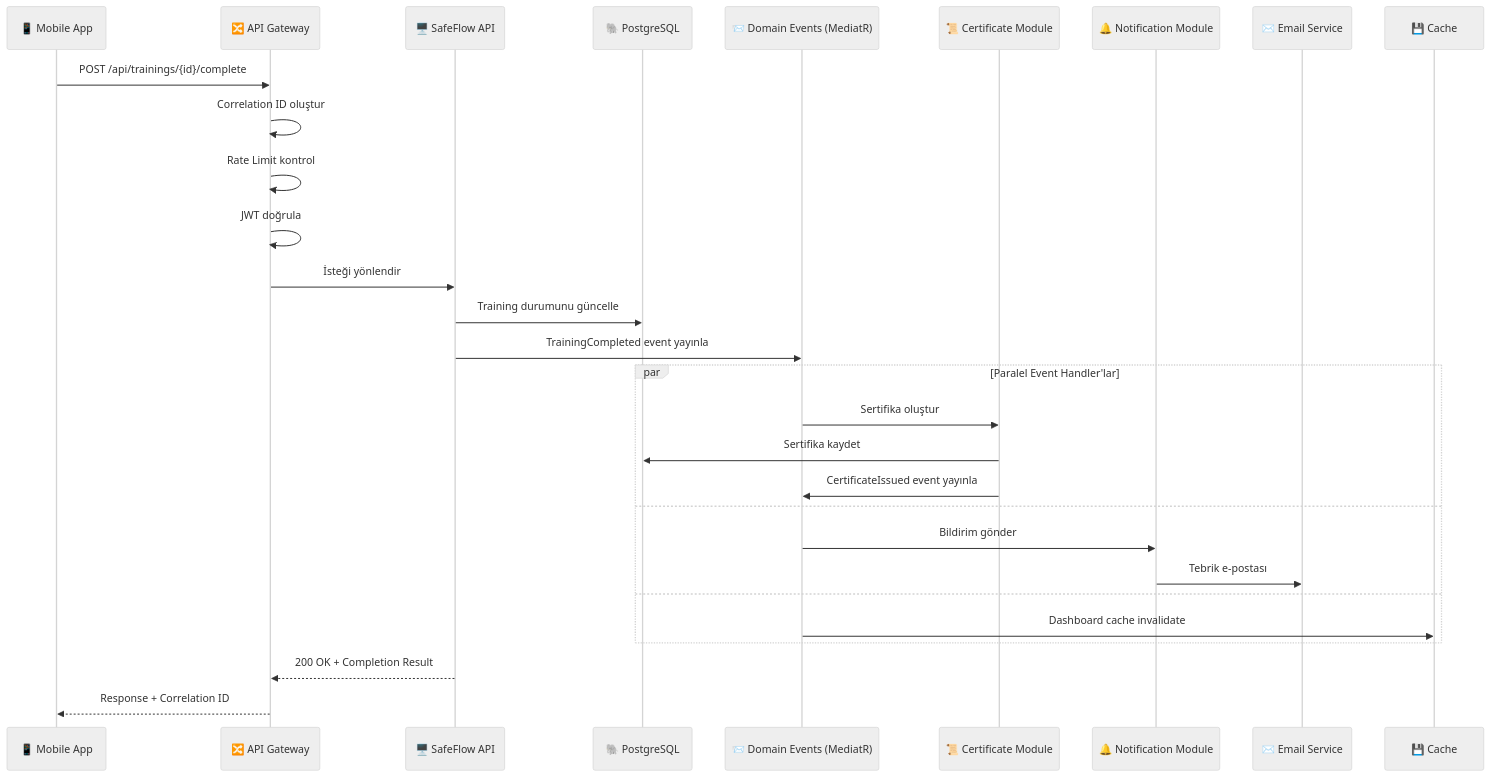
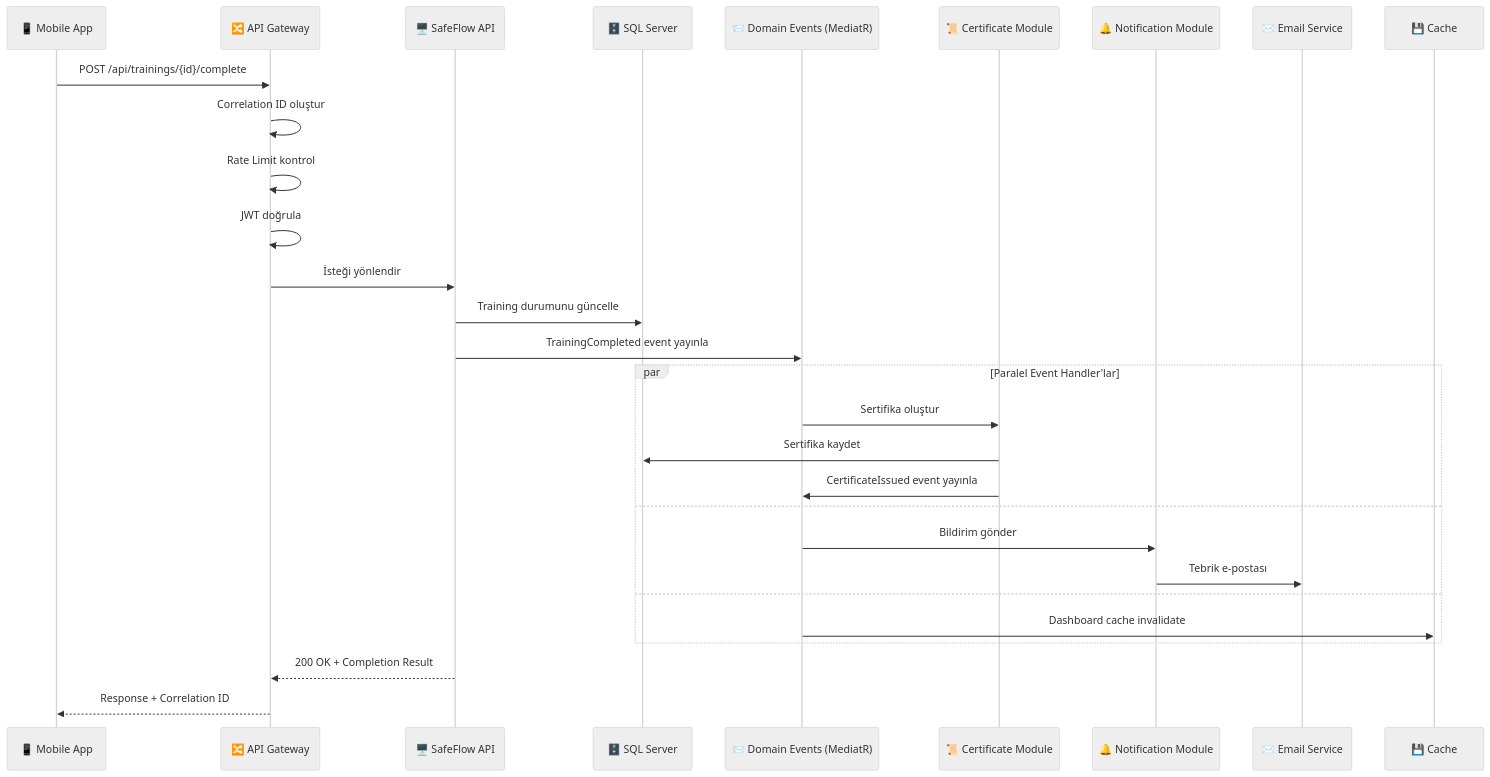
Before and after one commit to fatma-oncu/SafeFlow-AI: the eighth of 8 diagrams in docs/c4-architecture.md, drawn with Mermaid (neutral theme). The commit also changed other lines of this file and 40 other files, not shown here.

````diff
--- a/docs/c4-architecture.md
+++ b/docs/c4-architecture.md
@@ -366,35 +372,35 @@
 ```mermaid
 sequenceDiagram
     participant M as 📱 Mobile App
     participant GW as 🔀 API Gateway
     participant API as 🖥️ SafeFlow API
-    participant DB as 🐘 PostgreSQL
+    participant DB as 🗄️ SQL Server
     participant EVT as 📨 Domain Events (MediatR)
     participant CERT as 📜 Certificate Module
     participant NOTIF as 🔔 Notification Module
     participant EMAIL as ✉️ Email Service
     participant CACHE as 💾 Cache
 
     M->>GW: POST /api/trainings/{id}/complete
     GW->>GW: Correlation ID oluştur
     GW->>GW: Rate Limit kontrol
     GW->>GW: JWT doğrula
     GW->>API: İsteği yönlendir
 
     API->>DB: Training durumunu güncelle
     API->>EVT: TrainingCompleted event yayınla
 
     par Paralel Event Handler'lar
         EVT->>CERT: Sertifika oluştur
         CERT->>DB: Sertifika kaydet
         CERT->>EVT: CertificateIssued event yayınla
     and
         EVT->>NOTIF: Bildirim gönder
         NOTIF->>EMAIL: Tebrik e-postası
     and
         EVT->>CACHE: Dashboard cache invalidate
     end
 
     API-->>GW: 200 OK + Completion Result
     GW-->>M: Response + Correlation ID
 ```
````
